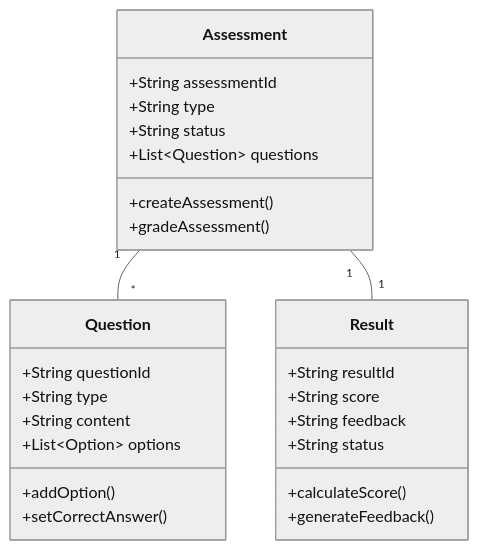
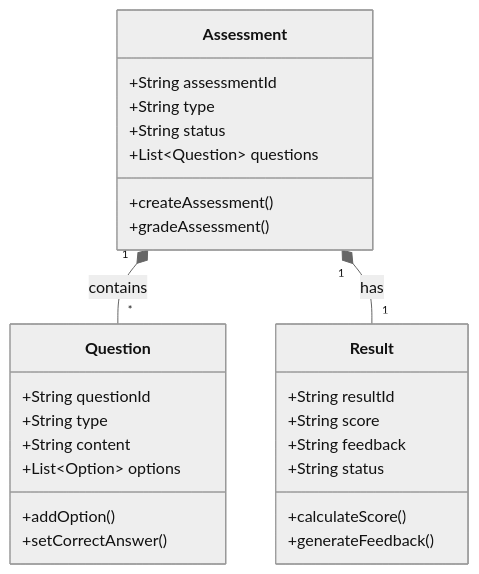
The sixth of 20 diagrams in LCT-SystemDesign/Functional_Architecture.md (leomultimedia/LCT-LMS), drawn with Mermaid (neutral theme) before and after one commit. The commit also changed other lines of this file, not shown here.

Commit message:
Fixed graph errors

````diff
--- a/LCT-SystemDesign/Functional_Architecture.md
+++ b/LCT-SystemDesign/Functional_Architecture.md
@@ -198,32 +205,32 @@
 ```mermaid
 classDiagram
     class Assessment {
         +String assessmentId
         +String type
         +String status
         +List~Question~ questions
         +createAssessment()
         +gradeAssessment()
     }
     
     class Question {
         +String questionId
         +String type
         +String content
         +List~Option~ options
         +addOption()
         +setCorrectAnswer()
     }
     
     class Result {
         +String resultId
         +String score
         +String feedback
         +String status
         +calculateScore()
         +generateFeedback()
     }
     
-    Assessment "1" -- "*" Question
-    Assessment "1" -- "1" Result
+    Assessment "1" *-- "*" Question : contains
+    Assessment "1" *-- "1" Result : has
 ```
````
